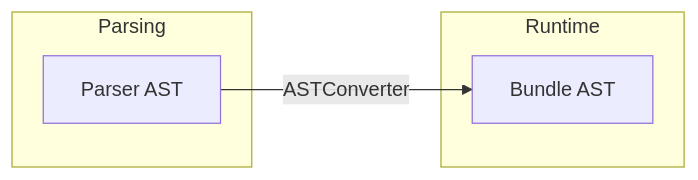
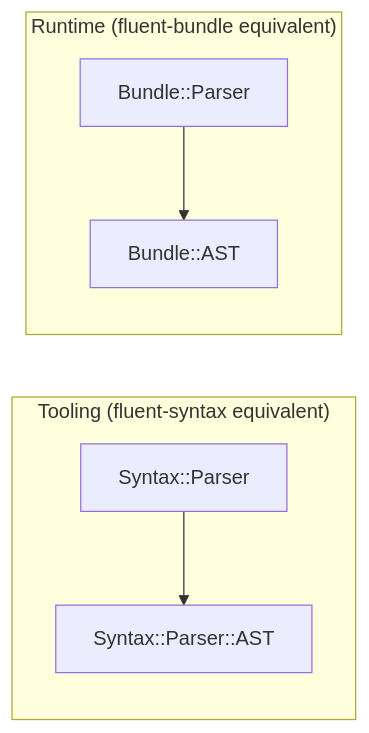
The second of 2 diagrams in doc/architecture.md (sakuro/foxtail), drawn with Mermaid before and after one commit. The commit also changed other lines of this file and 41 other files, not shown here.

First line of the commit message:
:white_check_mark: Add fluent-bundle compatibility tests and update documentation

````diff
--- a/doc/architecture.md
+++ b/doc/architecture.md
@@ -60,10 +87,13 @@
 ```mermaid
 flowchart LR
-    subgraph Parsing
-        PA[Parser AST]
+    subgraph "Tooling (fluent-syntax equivalent)"
+        SP[Syntax::Parser]
+        SA[Syntax::Parser::AST]
+        SP --> SA
     end
-    subgraph Runtime
-        BA[Bundle AST]
+    subgraph "Runtime (fluent-bundle equivalent)"
+        BP[Bundle::Parser]
+        BA[Bundle::AST]
+        BP --> BA
     end
-    PA --> |ASTConverter| BA
 ```
````
